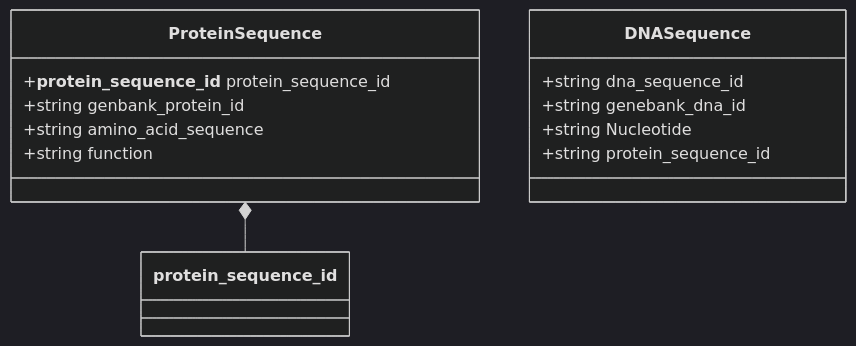
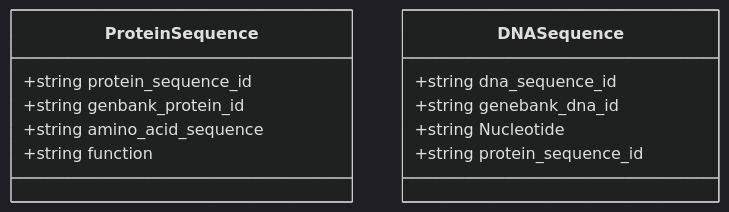
The diagram in PyEEDexample1/schemes/PyEED Data Model.md (maxim945/Database-present), drawn with Mermaid (dark theme) before and after one commit. The commit also changed 2 other files, not shown here.

Commit message:
API update

````diff
--- a/PyEEDexample1/schemes/PyEED Data Model.md
+++ b/PyEEDexample1/schemes/PyEED Data Model.md
@@ -1,19 +1,18 @@
 ```mermaid
 classDiagram
-    ProteinSequence *-- __protein_sequence_id__
     
     class ProteinSequence {
-        +__protein_sequence_id__ protein_sequence_id
+        +string protein_sequence_id
         +string genbank_protein_id
         +string amino_acid_sequence
         +string function
     }
     
     class DNASequence {
         +string dna_sequence_id
         +string genebank_dna_id
         +string Nucleotide
         +string protein_sequence_id
     }
     
 ```
````
